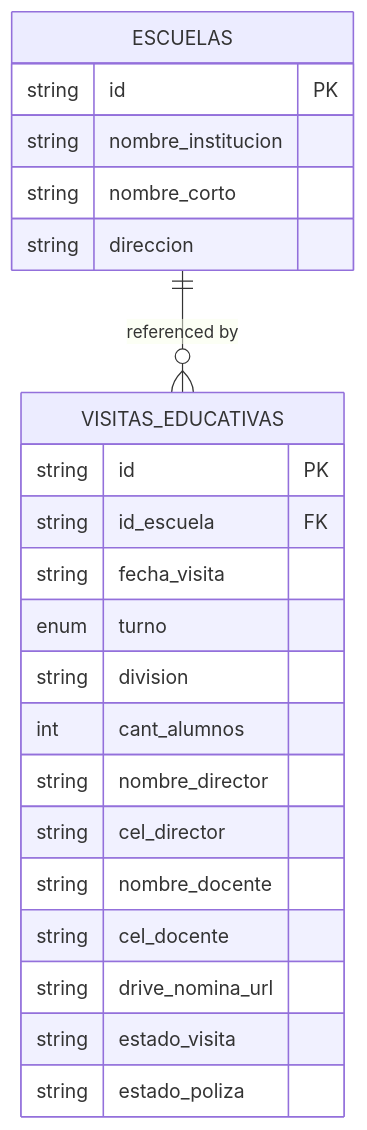
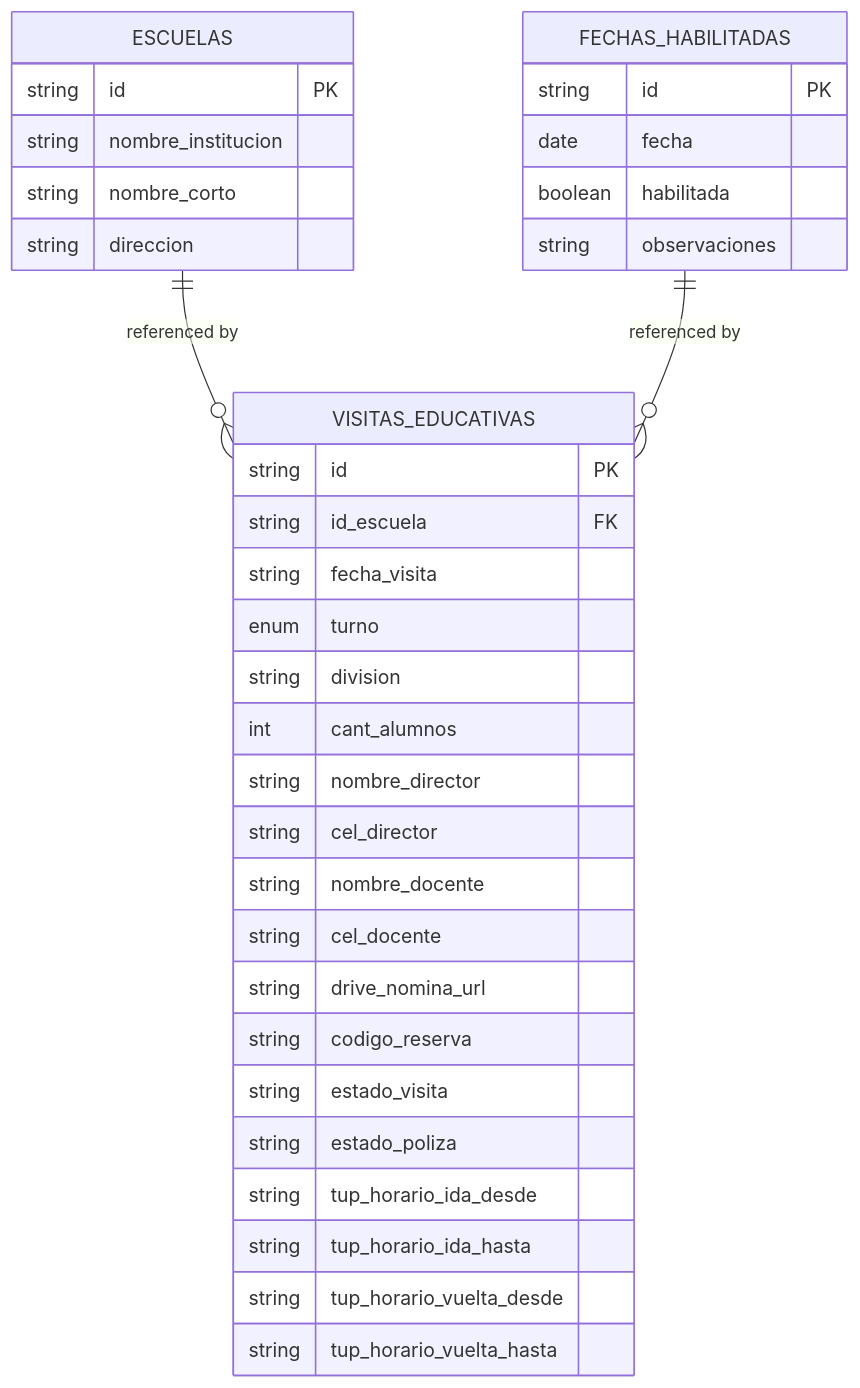
Before and after one commit to AgusCatra/simu-twin-web: the third of 4 diagrams in .qoder/repowiki/en/content/Core Services & Business Logic/Visit Management Service.md, drawn with Mermaid. The commit also changed other lines of this file and 4 other files, not shown here.

First line of the commit message:
feat(visitas): mejorar tipos y lógica de negocio con gestión de asistentes y fechas habilitadas

````diff
--- a/.qoder/repowiki/en/content/Core Services & Business Logic/Visit Management Service.md
+++ b/.qoder/repowiki/en/content/Core Services & Business Logic/Visit Management Service.md
@@ -188,25 +254,37 @@
 ```mermaid
 erDiagram
 ESCUELAS {
 string id PK
 string nombre_institucion
 string nombre_corto
 string direccion
+}
+FECHAS_HABILITADAS {
+string id PK
+date fecha
+boolean habilitada
+string observaciones
 }
 VISITAS_EDUCATIVAS {
 string id PK
 string id_escuela FK
 string fecha_visita
 enum turno
 string division
 int cant_alumnos
 string nombre_director
 string cel_director
 string nombre_docente
 string cel_docente
 string drive_nomina_url
+string codigo_reserva
 string estado_visita
 string estado_poliza
+string tup_horario_ida_desde
+string tup_horario_ida_hasta
+string tup_horario_vuelta_desde
+string tup_horario_vuelta_hasta
 }
 ESCUELAS ||--o{ VISITAS_EDUCATIVAS : "referenced by"
+FECHAS_HABILITADAS ||--o{ VISITAS_EDUCATIVAS : "referenced by"
 ```
````
